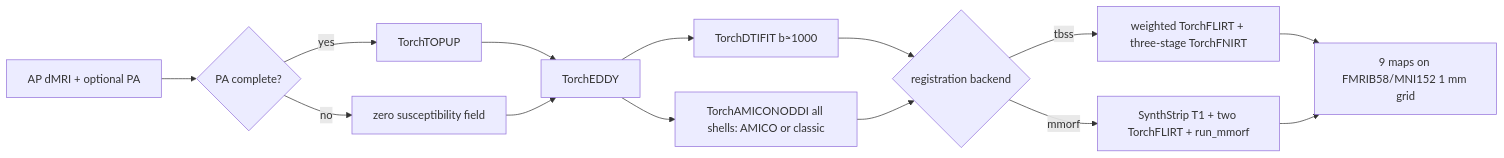
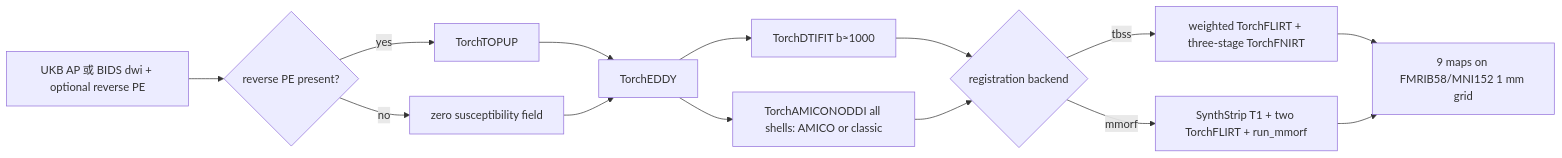
The diagram in docs/dmri_pipeline/README.md (weikanggong1/Fudan-Neuroimaging-toolkit), drawn with Mermaid before and after one commit. The commit also changed other lines of this file and 11 other files, not shown here.

Commit message:
Add raw BIDS input to DMRIPipeline with optional T1w

```diff
--- a/docs/dmri_pipeline/README.md
+++ b/docs/dmri_pipeline/README.md
@@ -7,16 +7,16 @@
 ~~~mermaid
 flowchart LR
-  A[AP dMRI + optional PA] --> B{PA complete?}
+  A[UKB AP 或 BIDS dwi + optional reverse PE] --> B{reverse PE present?}
   B -->|yes| C[TorchTOPUP]
   B -->|no| D[zero susceptibility field]
   C --> E[TorchEDDY]
   D --> E
   E --> F[TorchDTIFIT b≈1000]
   E --> G[TorchAMICONODDI all shells: AMICO or classic]
   F --> H{registration backend}
   G --> H
   H -->|tbss| I[weighted TorchFLIRT + three-stage TorchFNIRT]
   H -->|mmorf| J[SynthStrip T1 + two TorchFLIRT + run_mmorf]
   I --> K[9 maps on FMRIB58/MNI152 1 mm grid]
   J --> K
 ~~~
```
